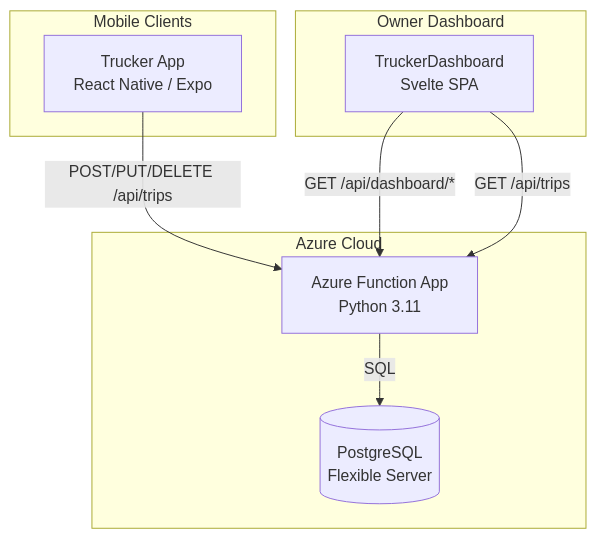
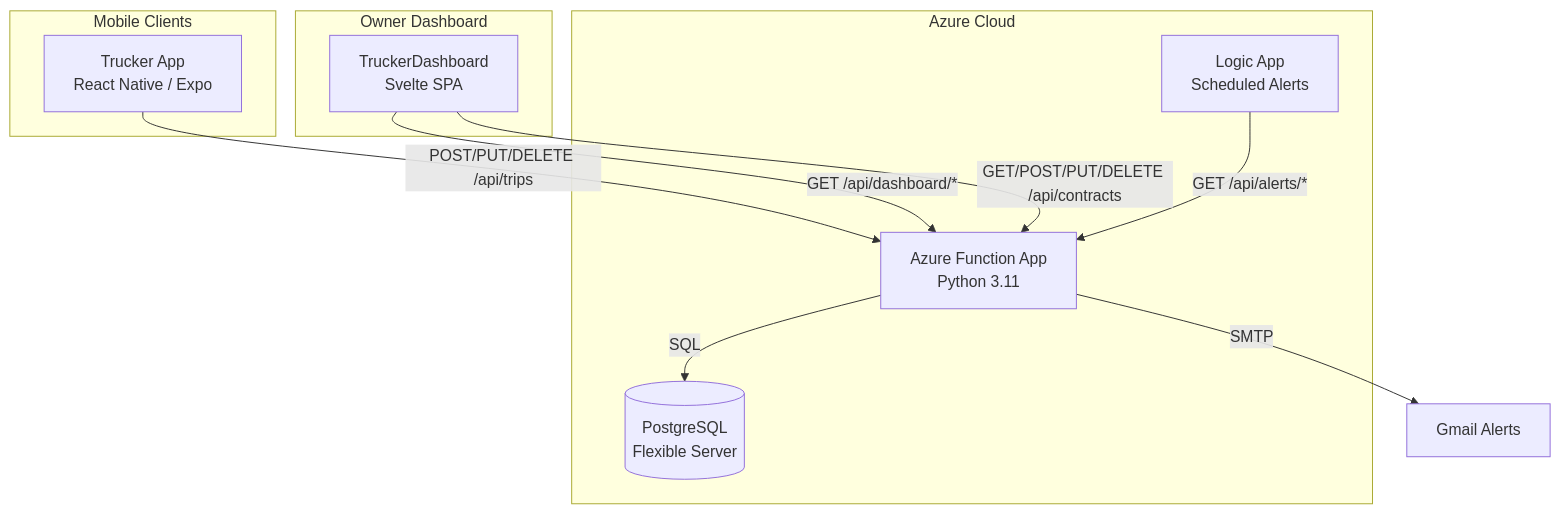
One commit to maiduydung/TruckerMobileBackend changed the first of 5 diagrams in README.md. Above: the diagram before and after it, drawn with Mermaid. The commit also changed other lines of this file and 6 other files, not shown here.

````diff
--- a/README.md
+++ b/README.md
@@ -7,20 +7,23 @@
 ```mermaid
 graph TB
     subgraph "Mobile Clients"
         A[Trucker App<br/>React Native / Expo]
     end
 
     subgraph "Azure Cloud"
         B[Azure Function App<br/>Python 3.11]
         C[(PostgreSQL<br/>Flexible Server)]
+        LA[Logic App<br/>Scheduled Alerts]
     end
 
     subgraph "Owner Dashboard"
         D[TruckerDashboard<br/>Svelte SPA]
     end
 
     A -- "POST/PUT/DELETE /api/trips" --> B
     B -- "SQL" --> C
     D -- "GET /api/dashboard/*" --> B
-    D -- "GET /api/trips" --> B
+    D -- "GET/POST/PUT/DELETE /api/contracts" --> B
+    LA -- "GET /api/alerts/*" --> B
+    B -- "SMTP" --> E[Gmail Alerts]
 ```
````
